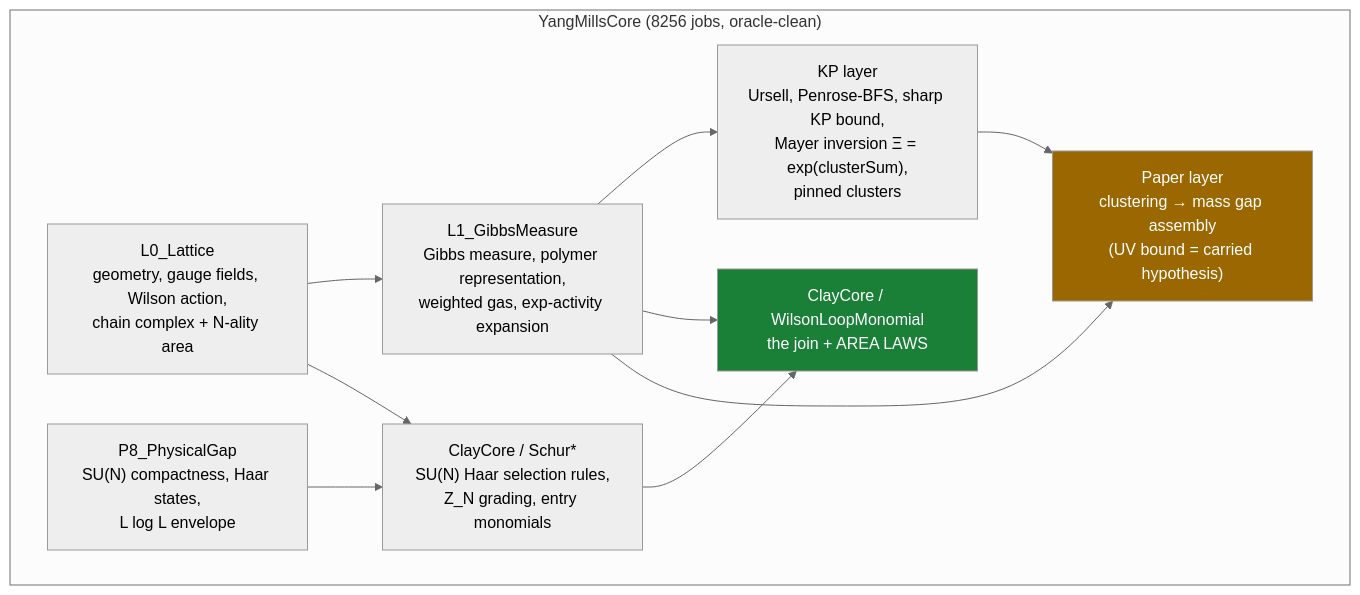
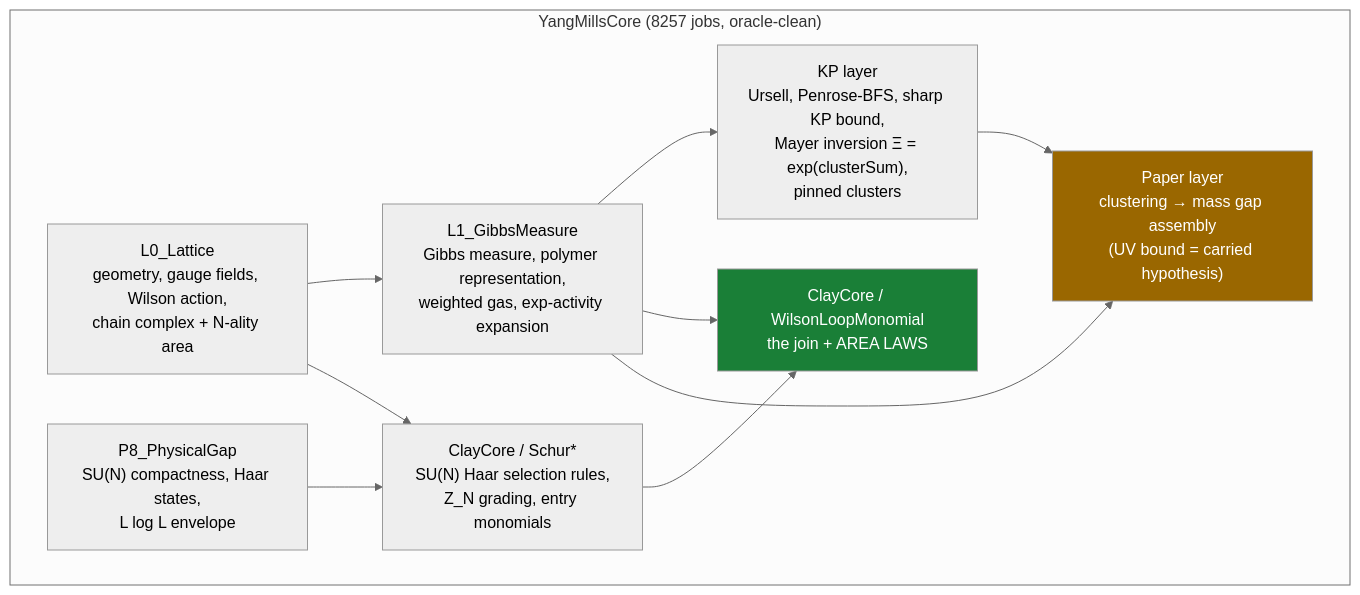
The diagram in README.md (lluiseriksson/THE-ERIKSSON-PROGRAMME), drawn with Mermaid (neutral theme) before and after one commit. The commit also changed other lines of this file and 5 other files, not shown here.

````diff
--- a/README.md
+++ b/README.md
@@ -204,20 +204,20 @@
 ```mermaid
 graph TD
-    subgraph core["YangMillsCore  (8256 jobs, oracle-clean)"]
+    subgraph core["YangMillsCore  (8257 jobs, oracle-clean)"]
         L0["L0_Lattice<br/>geometry, gauge fields, Wilson action,<br/>chain complex + N-ality area"]
         L1["L1_GibbsMeasure<br/>Gibbs measure, polymer representation,<br/>weighted gas, exp-activity expansion"]
         KP["KP layer<br/>Ursell, Penrose-BFS, sharp KP bound,<br/>Mayer inversion Ξ = exp(clusterSum),<br/>pinned clusters"]
         SCHUR["ClayCore / Schur*<br/>SU(N) Haar selection rules,<br/>Z_N grading, entry monomials"]
         WLM["ClayCore / WilsonLoopMonomial<br/>the join + AREA LAWS"]
         PAPER["Paper layer<br/>clustering → mass gap assembly<br/>(UV bound = carried hypothesis)"]
         P8["P8_PhysicalGap<br/>SU(N) compactness, Haar states,<br/>L log L envelope"]
     end
     L0 --> L1 --> KP
     L0 --> SCHUR --> WLM
     L1 --> WLM
     L1 --> PAPER
     KP --> PAPER
     P8 --> SCHUR
     style WLM fill:#1a7f37,color:#fff
     style PAPER fill:#9a6700,color:#fff
 ```
````
